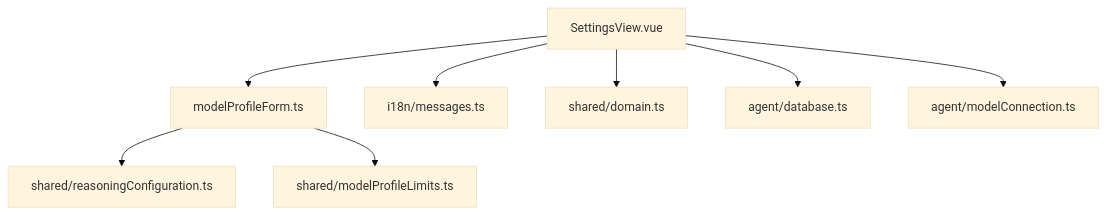
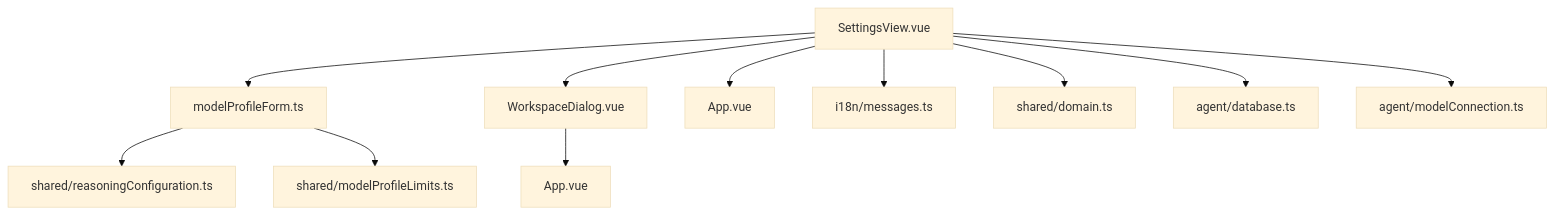
One commit to dyx-9163/ai-aifar changed the first of 6 diagrams in .qoder/repowiki/zh/content/核心模块/渲染进程/设置面板.md. Above: the diagram before and after it, drawn with Mermaid (base theme). The commit also changed other lines of this file and 10 other files, not shown here.

````diff
--- a/.qoder/repowiki/zh/content/核心模块/渲染进程/设置面板.md
+++ b/.qoder/repowiki/zh/content/核心模块/渲染进程/设置面板.md
@@ -42,10 +53,13 @@
 ```mermaid
 graph TB
 A["SettingsView.vue"] --> B["modelProfileForm.ts"]
-A --> C["i18n/messages.ts"]
-A --> D["shared/domain.ts"]
-B --> E["shared/reasoningConfiguration.ts"]
-B --> F["shared/modelProfileLimits.ts"]
-A --> G["agent/database.ts"]
-A --> H["agent/modelConnection.ts"]
+A --> C["WorkspaceDialog.vue"]
+A --> D["App.vue"]
+C --> E["App.vue"]
+A --> F["i18n/messages.ts"]
+A --> G["shared/domain.ts"]
+B --> H["shared/reasoningConfiguration.ts"]
+B --> I["shared/modelProfileLimits.ts"]
+A --> J["agent/database.ts"]
+A --> K["agent/modelConnection.ts"]
 ```
````
